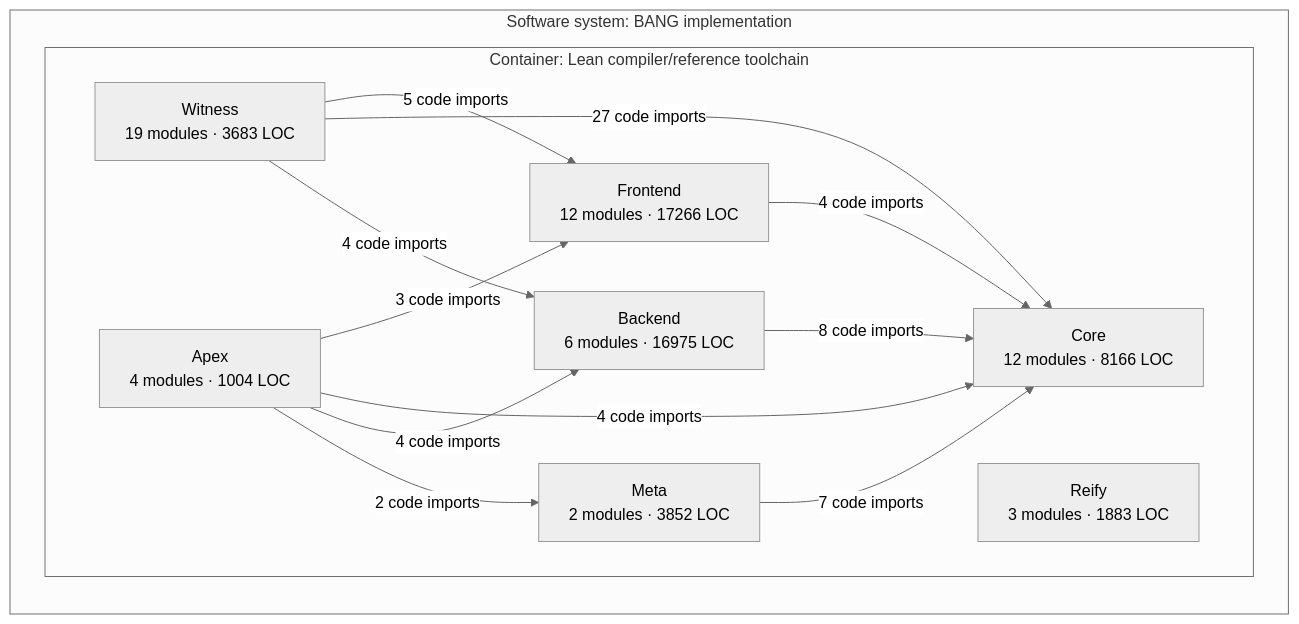
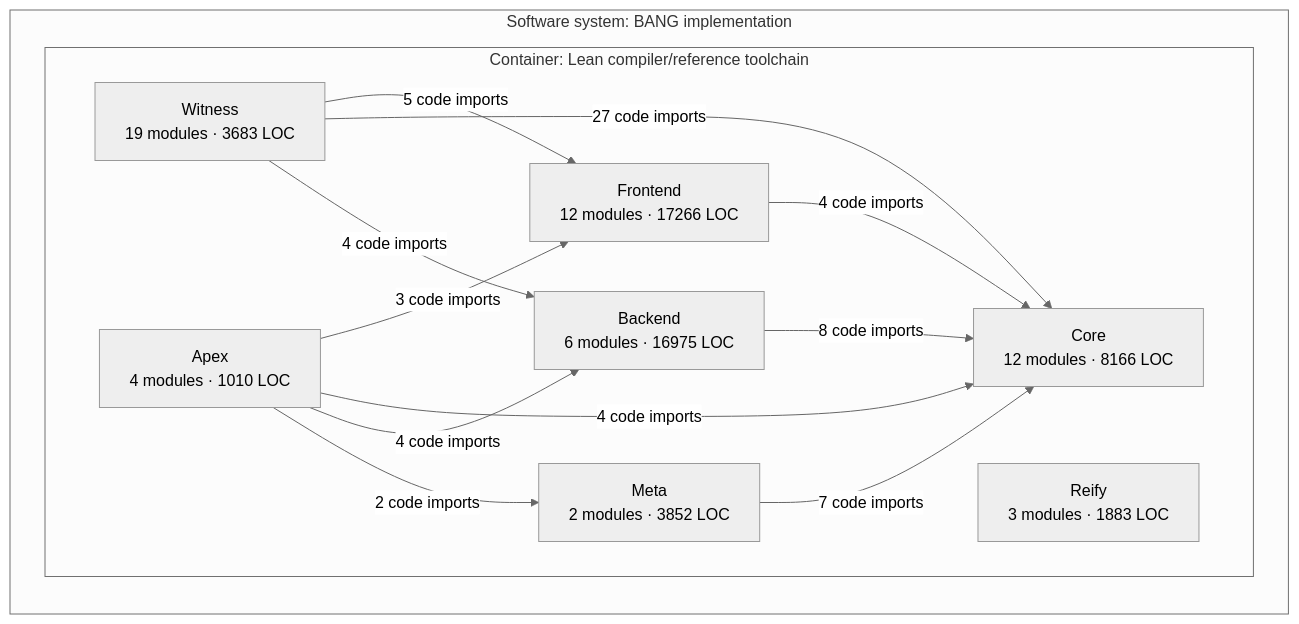
Before and after one commit to phibkro/bang: the third of 3 diagrams in docs/architecture/core-overview.md, drawn with Mermaid (neutral theme). The commit also changed other lines of this file and 6 other files, not shown here.

````diff
--- a/docs/architecture/core-overview.md
+++ b/docs/architecture/core-overview.md
@@ -148,24 +148,24 @@
 ```mermaid
 flowchart LR
   subgraph system_BANG["Software system: BANG implementation"]
     subgraph container_Lean_toolchain["Container: Lean compiler/reference toolchain"]
       component_Frontend["Frontend<br/>12 modules · 17266 LOC"]
       component_Core["Core<br/>12 modules · 8166 LOC"]
       component_Backend["Backend<br/>6 modules · 16975 LOC"]
       component_Meta["Meta<br/>2 modules · 3852 LOC"]
       component_Witness["Witness<br/>19 modules · 3683 LOC"]
       component_Reify["Reify<br/>3 modules · 1883 LOC"]
-      component_Apex["Apex<br/>4 modules · 1004 LOC"]
+      component_Apex["Apex<br/>4 modules · 1010 LOC"]
     end
   end
   component_Frontend -->|4 code imports| component_Core
   component_Backend -->|8 code imports| component_Core
   component_Meta -->|7 code imports| component_Core
   component_Witness -->|5 code imports| component_Frontend
   component_Witness -->|27 code imports| component_Core
   component_Witness -->|4 code imports| component_Backend
   component_Apex -->|3 code imports| component_Frontend
   component_Apex -->|4 code imports| component_Core
   component_Apex -->|4 code imports| component_Backend
   component_Apex -->|2 code imports| component_Meta
 ```
````
